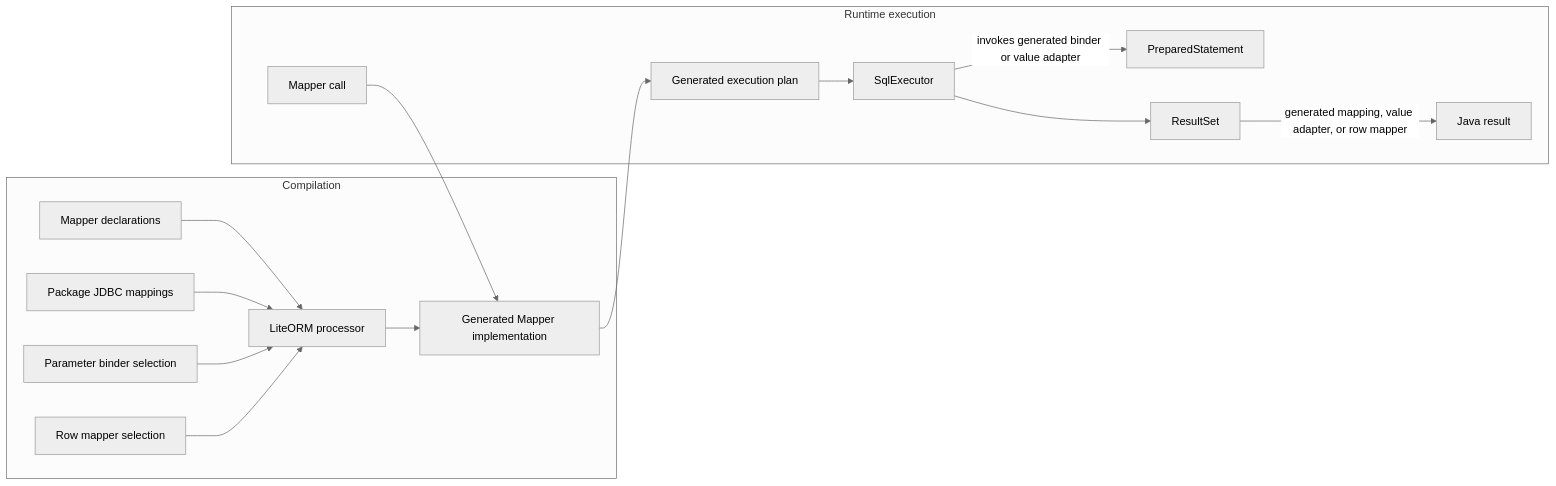
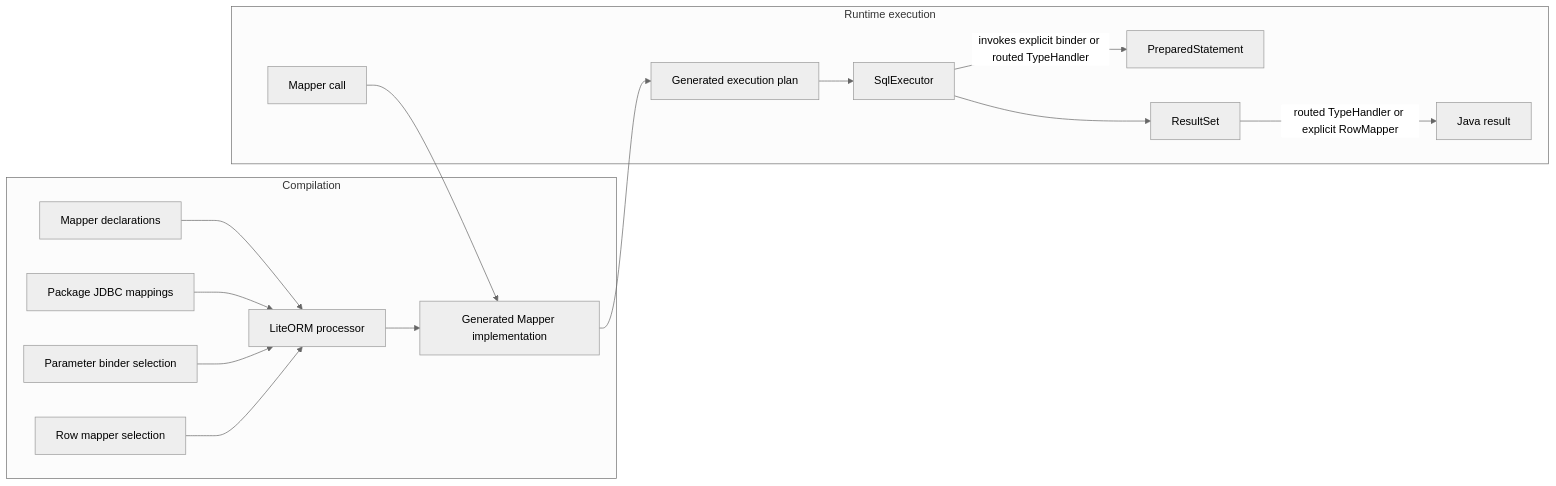
One commit to lite-orm/lite-orm changed the second of 2 diagrams in docs/user/core/mapping.md. Above: the diagram before and after it, drawn with Mermaid (neutral theme). The commit also changed other lines of this file and 59 other files, not shown here.

````diff
--- a/docs/user/core/mapping.md
+++ b/docs/user/core/mapping.md
@@ -156,33 +166,33 @@
 ```mermaid
 flowchart LR
     subgraph Compile_time[Compilation]
         JM[Mapper declarations]
         PKG[Package JDBC mappings]
         PB[Parameter binder selection]
         RM[Row mapper selection]
         PROC[LiteORM processor]
         GEN[Generated Mapper implementation]
 
         JM --> PROC
         PKG --> PROC
         PB --> PROC
         RM --> PROC
         PROC --> GEN
     end
 
     subgraph Runtime[Runtime execution]
         CALL[Mapper call]
         PLAN[Generated execution plan]
         EXEC[SqlExecutor]
         PS[PreparedStatement]
         RS[ResultSet]
         RESULT[Java result]
 
         CALL --> GEN
         GEN --> PLAN
         PLAN --> EXEC
-        EXEC -->|invokes generated binder or value adapter| PS
+        EXEC -->|invokes explicit binder or routed TypeHandler| PS
         EXEC --> RS
-        RS -->|generated mapping, value adapter, or row mapper| RESULT
+        RS -->|routed TypeHandler or explicit RowMapper| RESULT
     end
 ```
````
